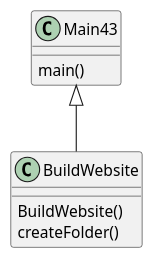
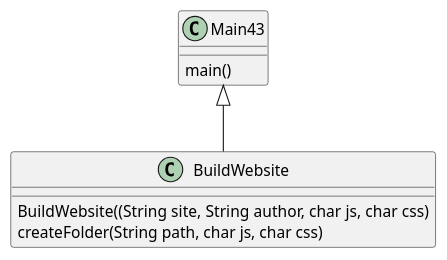
One commit to CailaC/Coates-cop3330-assignment3 changed the diagram in src/main/java/ex43/ex43.puml. Above: the diagram before and after it, drawn with PlantUML. The commit also changed 6 other files, not shown here.

```diff
--- a/src/main/java/ex43/ex43.puml
+++ b/src/main/java/ex43/ex43.puml
@@ -1,13 +1,13 @@
 @startuml
 'https://plantuml.com/class-diagram
 
 
 
  Main43 <|-- BuildWebsite
 
  Main43 : main()
- BuildWebsite : BuildWebsite()
- BuildWebsite : createFolder()
+ BuildWebsite : BuildWebsite((String site, String author, char js, char css)
+ BuildWebsite : createFolder(String path, char js, char css)
 
 
 @enduml
```
